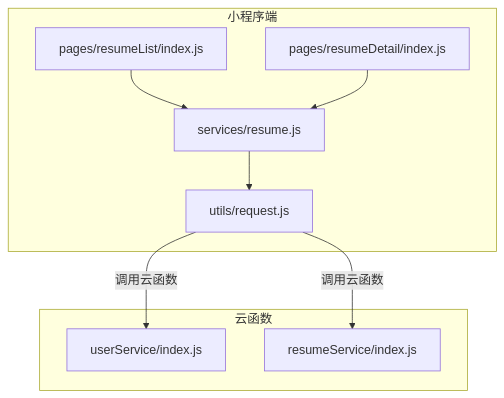
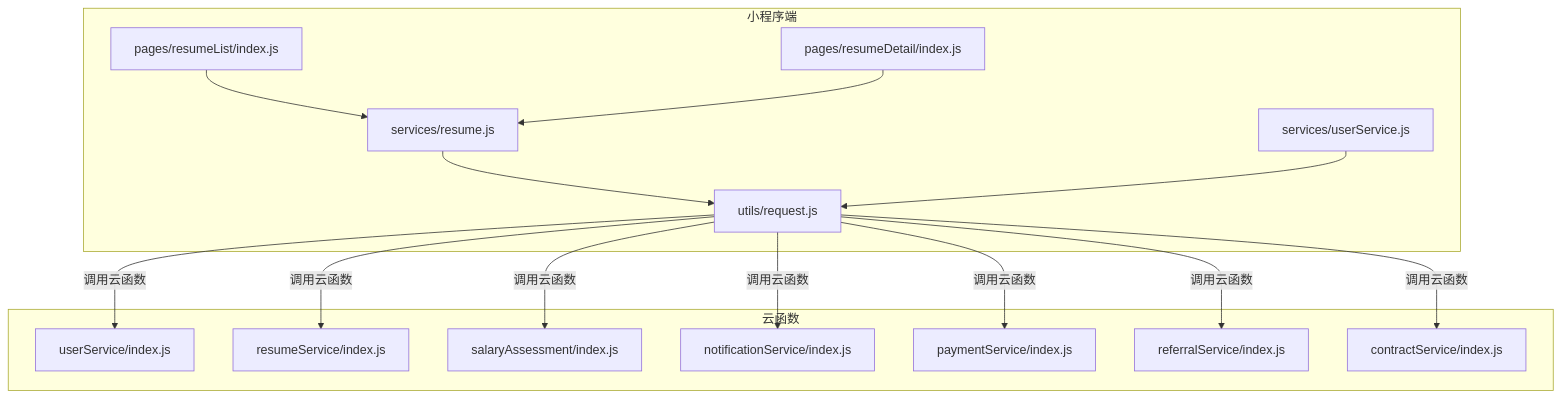
One commit to sunxuebo91/- changed the first of 3 diagrams in .qoder/repowiki/zh/content/API参考/API参考.md. Above: the diagram before and after it, drawn with Mermaid. The commit also changed other lines of this file and 123 other files, not shown here.

````diff
--- a/.qoder/repowiki/zh/content/API参考/API参考.md
+++ b/.qoder/repowiki/zh/content/API参考/API参考.md
@@ -40,18 +56,30 @@
 ```mermaid
 graph TB
 subgraph "小程序端"
 A["pages/resumeList/index.js"]
 B["pages/resumeDetail/index.js"]
 C["services/resume.js"]
-D["utils/request.js"]
+D["services/userService.js"]
+E["utils/request.js"]
 end
 subgraph "云函数"
-E["userService/index.js"]
-F["resumeService/index.js"]
+F["userService/index.js"]
+G["resumeService/index.js"]
+H["salaryAssessment/index.js"]
+I["notificationService/index.js"]
+J["paymentService/index.js"]
+K["referralService/index.js"]
+L["contractService/index.js"]
 end
 A --> C
 B --> C
-C --> D
-D --> |"调用云函数"| E
-D --> |"调用云函数"| F
+C --> E
+D --> E
+E --> |"调用云函数"| F
+E --> |"调用云函数"| G
+E --> |"调用云函数"| H
+E --> |"调用云函数"| I
+E --> |"调用云函数"| J
+E --> |"调用云函数"| K
+E --> |"调用云函数"| L
 ```
````
